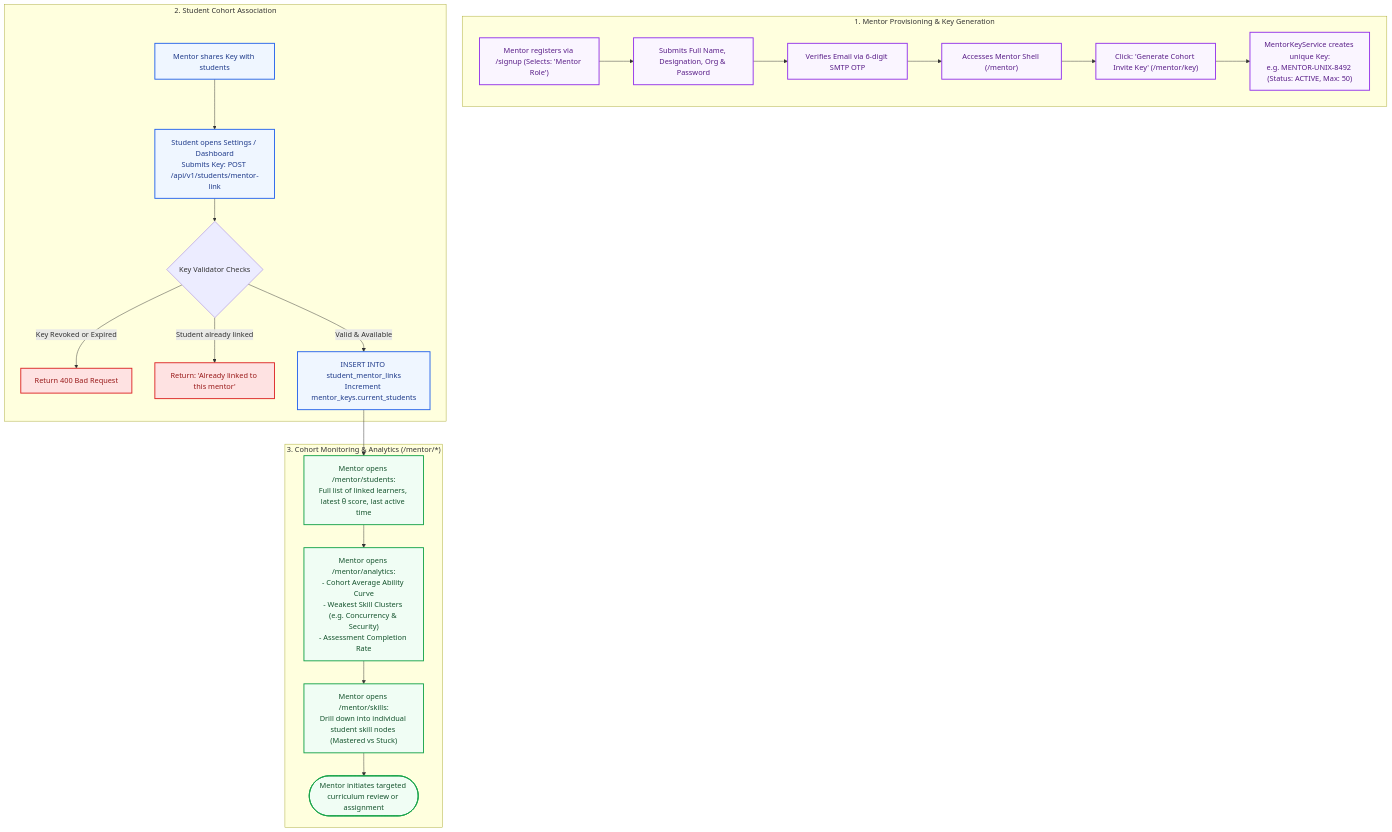
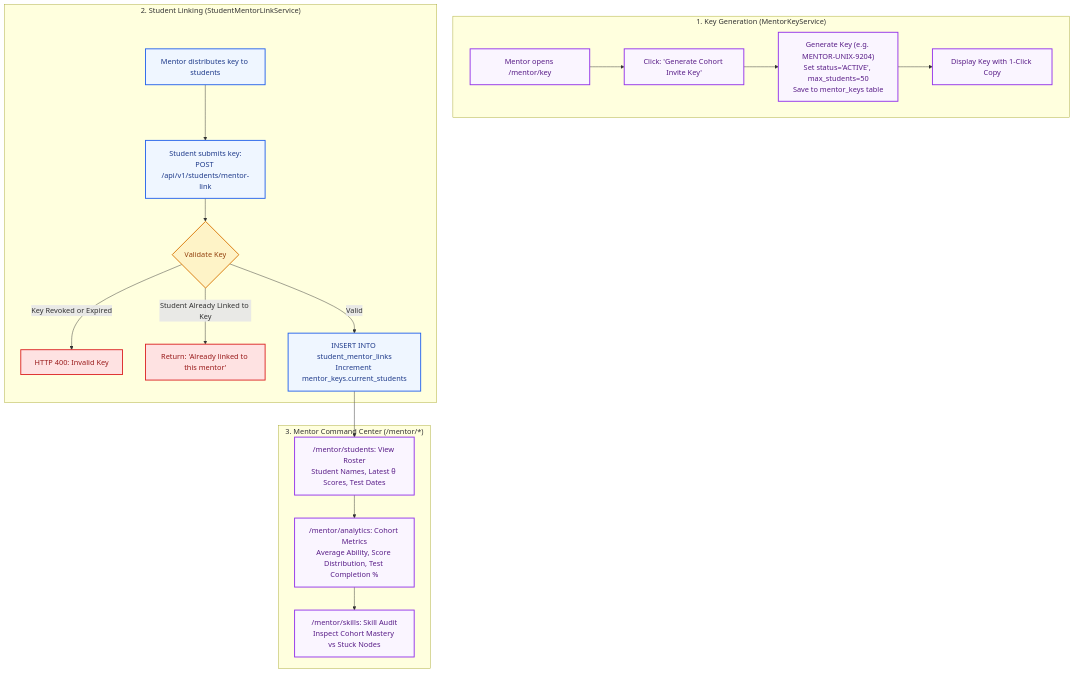
Before and after one commit to LNCT-Unix/AI-Powered-Upskilling-Platform: diagram 11 of 11 in DESIGN_FLOWCHARTS.md, drawn with Mermaid. The commit also changed other lines of this file, not shown here.

Commit message:
Updated flowcharts

````diff
--- a/DESIGN_FLOWCHARTS.md
+++ b/DESIGN_FLOWCHARTS.md
@@ -705,35 +544,32 @@
 ```mermaid
 flowchart TD
-    subgraph MentorOnboarding ["1. Mentor Provisioning & Key Generation"]
-        M_REG["Mentor registers via /signup (Selects: 'Mentor Role')"] --> M_FORM["Submits Full Name, Designation, Org & Password"]
-        M_FORM --> M_OTP["Verifies Email via 6-digit SMTP OTP"]
-        M_OTP --> M_DASH["Accesses Mentor Shell (/mentor)"]
-        M_DASH --> GEN_KEY["Click: 'Generate Cohort Invite Key' (/mentor/key)"]
-        GEN_KEY --> KEY_SERVICE["MentorKeyService creates unique Key:<br/>e.g. MENTOR-UNIX-8492 (Status: ACTIVE, Max: 50)"]
+    subgraph KeyIssuance ["1. Key Generation (MentorKeyService)"]
+        M_OPEN_KEY["Mentor opens /mentor/key"] --> M_CLICK_GEN["Click: 'Generate Cohort Invite Key'"]
+        M_CLICK_GEN --> GEN_LOGIC["Generate Key (e.g. MENTOR-UNIX-9204)<br/>Set status='ACTIVE', max_students=50<br/>Save to mentor_keys table"]
+        GEN_LOGIC --> DISPLAY_KEY["Display Key with 1-Click Copy"]
     end
 
-    subgraph StudentLinking ["2. Student Cohort Association"]
-        DISTRIBUTE["Mentor shares Key with students"] --> STU_ENTER["Student opens Settings / Dashboard<br/>Submits Key: POST /api/v1/students/mentor-link"]
-        STU_ENTER --> VAL_KEY{"Key Validator Checks"}
-        VAL_KEY -- "Key Revoked or Expired" --> KEY_ERR["Return 400 Bad Request"]
-        VAL_KEY -- "Student already linked" --> KEY_EXISTS["Return: 'Already linked to this mentor'"]
-        VAL_KEY -- "Valid & Available" --> CREATE_LINK["INSERT INTO student_mentor_links<br/>Increment mentor_keys.current_students"]
+    subgraph StudentAssociation ["2. Student Linking (StudentMentorLinkService)"]
+        SHARE_KEY["Mentor distributes key to students"] --> STU_ENTER["Student submits key:<br/>POST /api/v1/students/mentor-link"]
+        STU_ENTER --> CHECK_KEY_STATUS{Validate Key}
+        CHECK_KEY_STATUS -- "Key Revoked or Expired" --> KEY_FAIL["HTTP 400: Invalid Key"]
+        CHECK_KEY_STATUS -- "Student Already Linked to Key" --> KEY_ALREADY["Return: 'Already linked to this mentor'"]
+        CHECK_KEY_STATUS -- "Valid" --> LINK_SUCCESS["INSERT INTO student_mentor_links<br/>Increment mentor_keys.current_students"]
     end
 
-    subgraph MentorWorkspace ["3. Cohort Monitoring & Analytics (/mentor/*)"]
-        CREATE_LINK --> LIVE_ROSTER["Mentor opens /mentor/students:<br/>Full list of linked learners, latest θ score, last active time"]
-        LIVE_ROSTER --> COHORT_STATS["Mentor opens /mentor/analytics:<br/>- Cohort Average Ability Curve<br/>- Weakest Skill Clusters (e.g. Concurrency & Security)<br/>- Assessment Completion Rate"]
-        COHORT_STATS --> SKILL_AUDIT["Mentor opens /mentor/skills:<br/>Drill down into individual student skill nodes (Mastered vs Stuck)"]
-        SKILL_AUDIT --> TARGET_INTERVENTION(["Mentor initiates targeted curriculum review or assignment"])
+    subgraph MentorObservability ["3. Mentor Command Center (/mentor/*)"]
+        LINK_SUCCESS --> ROSTER["/mentor/students: View Roster<br/>Student Names, Latest θ Scores, Test Dates"]
+        ROSTER --> ANALYTICS["/mentor/analytics: Cohort Metrics<br/>Average Ability, Score Distribution, Test Completion %"]
+        ANALYTICS --> SKILLS["/mentor/skills: Skill Audit<br/>Inspect Cohort Mastery vs Stuck Nodes"]
     end
 
-    classDef mInit fill:#faf5ff,stroke:#9333ea,stroke-width:2px,color:#581c87;
-    classDef sLink fill:#eff6ff,stroke:#2563eb,stroke-width:2px,color:#1e3a8a;
-    classDef mWork fill:#f0fdf4,stroke:#16a34a,stroke-width:2px,color:#14532d;
-    classDef err fill:#fee2e2,stroke:#dc2626,stroke-width:2px,color:#991b1b;
+    classDef mStep fill:#faf5ff,stroke:#9333ea,stroke-width:2px,color:#581c87;
+    classDef sStep fill:#eff6ff,stroke:#2563eb,stroke-width:2px,color:#1e3a8a;
+    classDef decNode fill:#fef3c7,stroke:#d97706,stroke-width:2px,color:#92400e;
+    classDef errNode fill:#fee2e2,stroke:#dc2626,stroke-width:2px,color:#991b1b;
 
-    class M_REG,M_FORM,M_OTP,M_DASH,GEN_KEY,KEY_SERVICE mInit;
-    class DISTRIBUTE,STU_ENTER,CREATE_LINK sLink;
-    class LIVE_ROSTER,COHORT_STATS,SKILL_AUDIT,TARGET_INTERVENTION mWork;
-    class KEY_ERR,KEY_EXISTS err;
+    class M_OPEN_KEY,M_CLICK_GEN,GEN_LOGIC,DISPLAY_KEY,ROSTER,ANALYTICS,SKILLS mStep;
+    class SHARE_KEY,STU_ENTER,LINK_SUCCESS sStep;
+    class CHECK_KEY_STATUS decNode;
+    class KEY_FAIL,KEY_ALREADY errNode;
 ```
````
